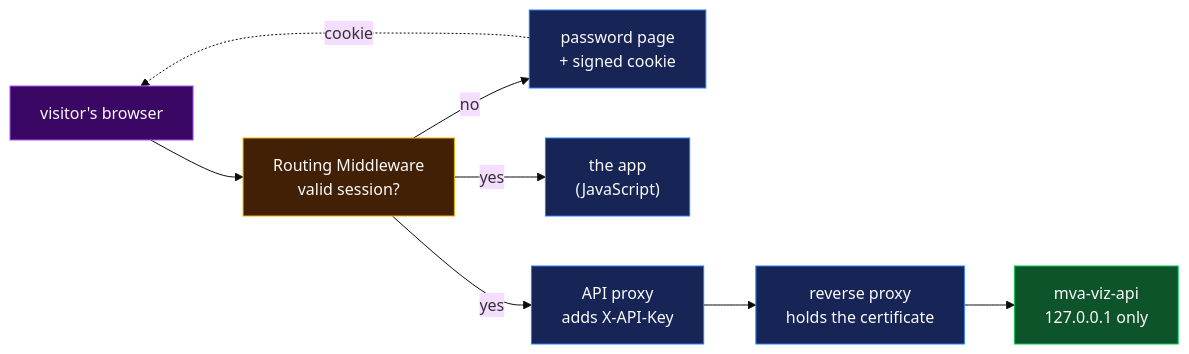
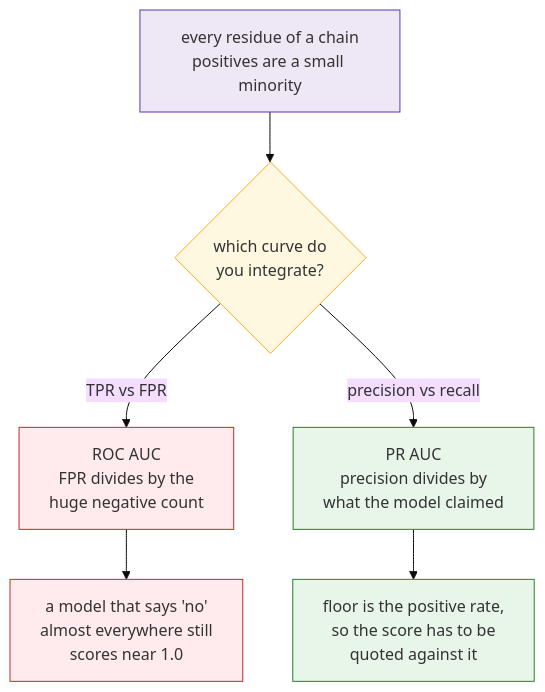
Before and after one commit to agharsallah/mva-hackathon: the fifth of 6 diagrams in docs/dictionary.md, drawn with Mermaid (base theme). The commit also changed other lines of this file and 45 other files, not shown here.

````diff
--- a/docs/dictionary.md
+++ b/docs/dictionary.md
@@ -2046,20 +938,12 @@
 ```mermaid
-flowchart LR
-  V["visitor's browser"]:::raw
-  M["Routing Middleware<br/>valid session?"]:::decision
-  L["password page<br/>+ signed cookie"]:::machinery
-  S["the app<br/>(JavaScript)"]:::machinery
-  P["API proxy<br/>adds X-API-Key"]:::machinery
-  R["reverse proxy<br/>holds the certificate"]:::machinery
-  A["mva-viz-api<br/>127.0.0.1 only"]:::good
-  V --> M
-  M -->|"no"| L
-  L -.->|"cookie"| V
-  M -->|"yes"| S
-  M -->|"yes"| P
-  P --> R --> A
-  classDef raw fill:#3b0764,stroke:#a855f7,color:#fafafa
-  classDef decision fill:#422006,stroke:#f0b100,color:#fafafa
-  classDef machinery fill:#162456,stroke:#2b7fff,color:#fafafa
-  classDef good fill:#0d542b,stroke:#00c950,color:#fafafa
+graph TD
+    R["every residue of a chain<br/>positives are a small minority"]:::raw --> M{"which curve do<br/>you integrate?"}:::decision
+    M -->|"TPR vs FPR"| ROC["ROC AUC<br/>FPR divides by the<br/>huge negative count"]:::bad
+    M -->|"precision vs recall"| PR["PR AUC<br/>precision divides by<br/>what the model claimed"]:::good
+    ROC --> F["a model that says 'no'<br/>almost everywhere still<br/>scores near 1.0"]:::bad
+    PR --> H["floor is the positive rate,<br/>so the score has to be<br/>quoted against it"]:::good
+    classDef raw fill:#ede7f6,stroke:#5e35b1
+    classDef decision fill:#fff8e1,stroke:#f9a825
+    classDef good fill:#e8f5e9,stroke:#2e7d32
+    classDef bad fill:#ffebee,stroke:#c62828
 ```
````
